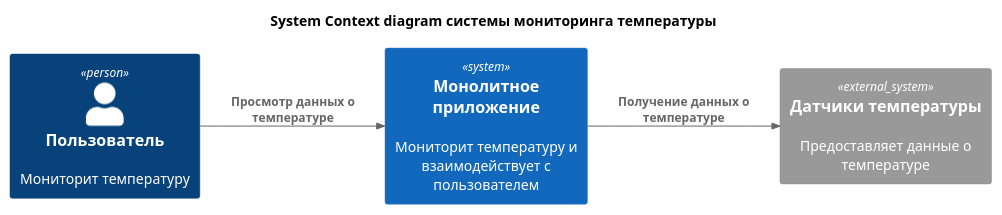
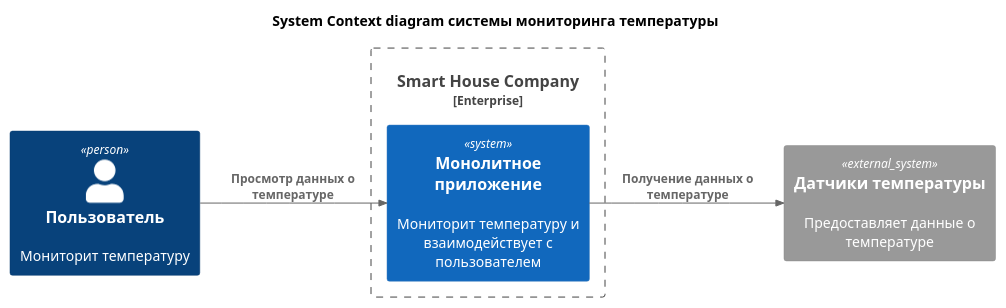
The diagram in docs/diagrams/asis/context/asis_context.puml (Lehater/architecture-sprint-3), drawn with PlantUML before and after one commit. The commit also changed 19 other files, not shown here.

```diff
--- a/docs/diagrams/asis/context/asis_context.puml
+++ b/docs/diagrams/asis/context/asis_context.puml
@@ -1,16 +1,18 @@
 @startuml
-!include ../../c4/C4_Context.puml
+!include ../../_c4/C4_Context.puml
 LAYOUT_LEFT_RIGHT()
 
 title System Context diagram системы мониторинга температуры
 
 Person(user, "Пользователь", "Мониторит температуру")
 System_Ext(sensor, "Датчики температуры", "Предоставляет данные о температуре")
-System(monolith, "Монолитное приложение", "Мониторит температуру и взаимодействует с пользователем")
+Enterprise_Boundary(smart-house_company,"Smart House Company"){
+    System(monolith, "Монолитное приложение", "Мониторит температуру и взаимодействует с пользователем")
+}
 
 Rel(user, monolith, "Просмотр данных о температуре")
 Rel(monolith, sensor, "Получение данных о температуре")
 
 'SHOW_LEGEND()
 
 @enduml
```
